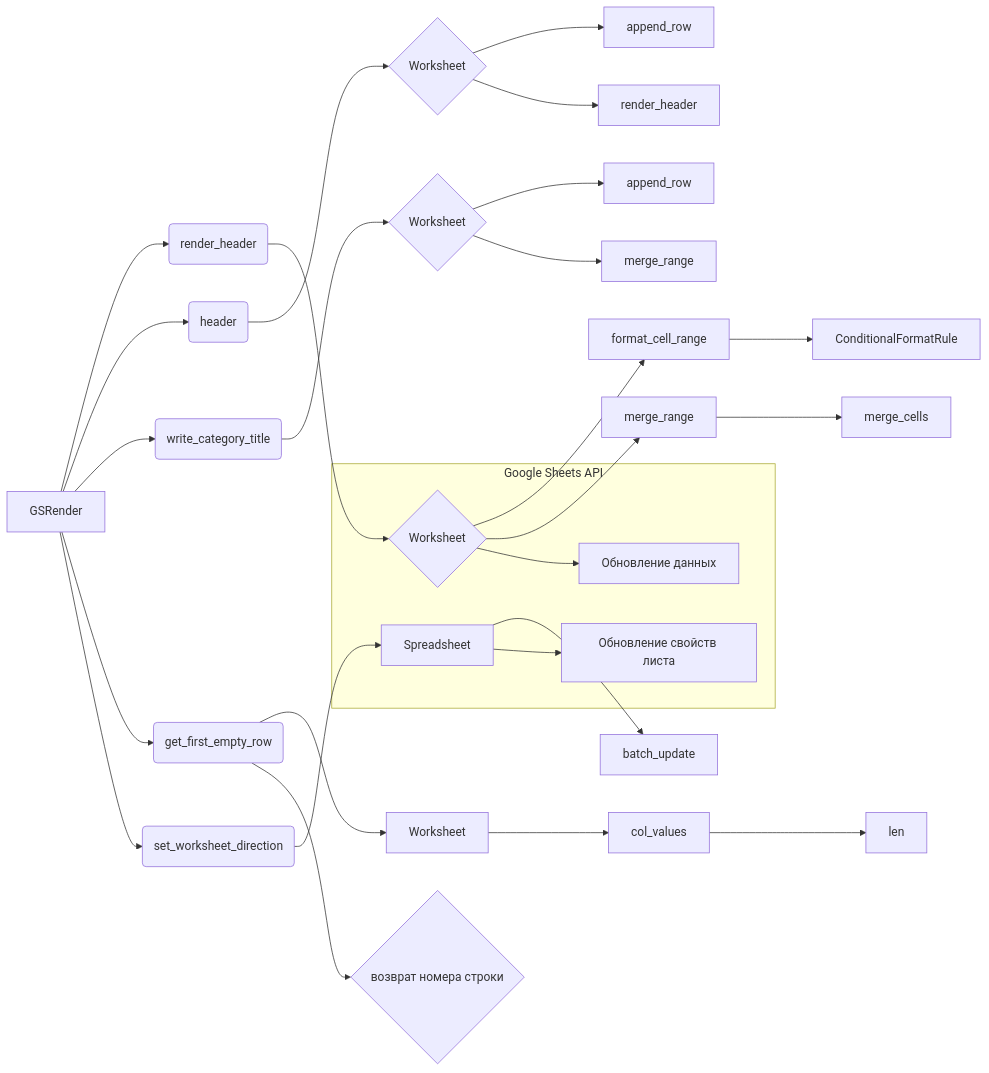
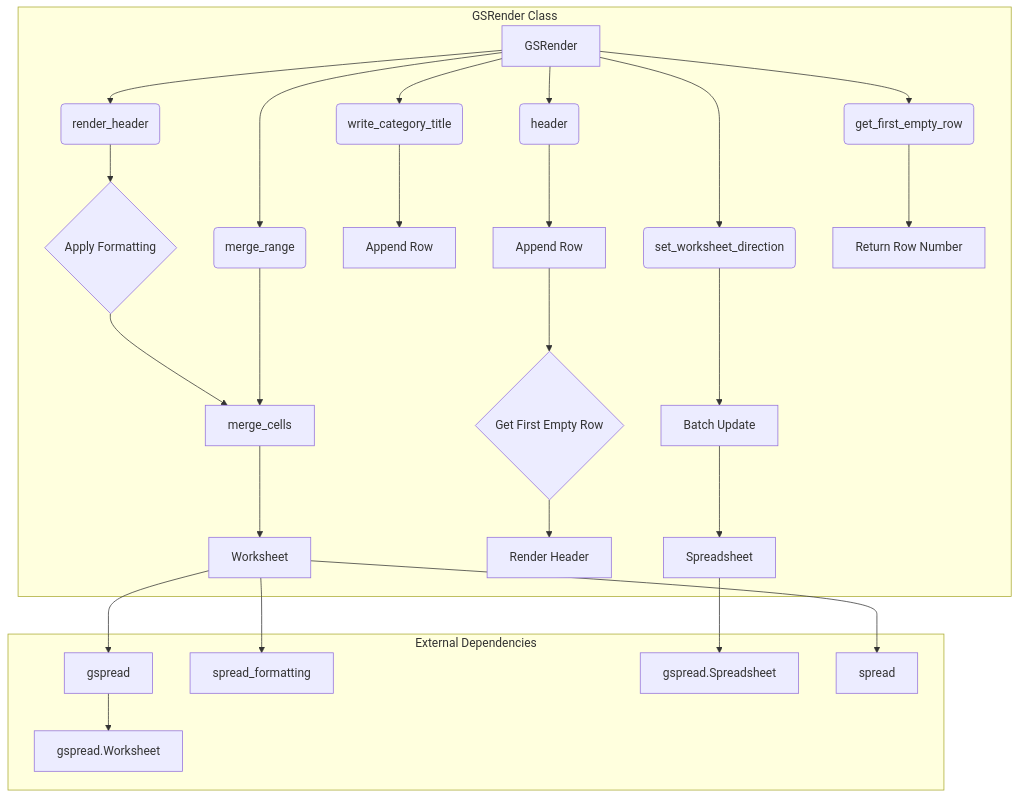
Before and after one commit to hypo69/hypo: the diagram in docs/gemini/ru/explainer/src/goog/spreadsheet/bberyakov/grender.md, drawn with Mermaid. The commit also changed other lines of this file and 468 other files, not shown here.

````diff
--- a/docs/gemini/ru/explainer/src/goog/spreadsheet/bberyakov/grender.md
+++ b/docs/gemini/ru/explainer/src/goog/spreadsheet/bberyakov/grender.md
@@ -162,29 +170,29 @@
 ```mermaid
-graph LR
-    A[GSRender] --> B(render_header);
-    B --> C{Worksheet};
-    C --> D[format_cell_range];
-    C --> E[merge_range];
-    D --> F[ConditionalFormatRule];
-    E --> G[merge_cells];
-    A --> H(header);
-    H --> I{Worksheet};
-    I --> J[append_row];
-    I --> K[render_header];
-    A --> L(write_category_title);
-    L --> M{Worksheet};
-    M --> N[append_row];
-    M --> O[merge_range];
-    A --> P(get_first_empty_row);
-    P --> Q[Worksheet];
-    Q --> R[col_values];
-    R --> S[len];
-    P --> T{возврат номера строки};
-    A --> U(set_worksheet_direction);
-    U --> V[Spreadsheet];
-    V --> W[batch_update];
-    subgraph Google Sheets API
-        C --> X[Обновление данных];
-        V --> Y[Обновление свойств листа];
+graph TD
+    subgraph "GSRender Class"
+        A[GSRender] --> B(render_header);
+        B --> C{Apply Formatting};
+        C --> D[merge_cells];
+        D --> E[Worksheet];
+        A --> F(header);
+        F --> G[Append Row];
+        G --> H{Get First Empty Row};
+        H --> I[Render Header];
+        A --> J(write_category_title);
+        J --> K[Append Row];
+        A --> L(merge_range);
+        L --> D;
+        A --> M(set_worksheet_direction);
+        M --> N[Batch Update];
+        N --> O[Spreadsheet];
+        A --> P(get_first_empty_row);
+        P --> Q[Return Row Number];
+    end
+    subgraph "External Dependencies"
+        E --> gspread;
+        E --> spread_formatting;
+        gspread --> gspread.Worksheet;
+        O --> gspread.Spreadsheet;
+        E --> spread;
     end
 ```
````
